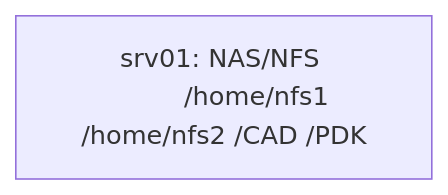
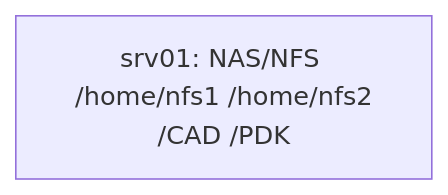
One commit to silicon-vlsi/silicon-vlsi.github.io changed the first of 2 diagrams in wiki/wiki-it.md. Above: the diagram before and after it, drawn with Mermaid.

````diff
--- a/wiki/wiki-it.md
+++ b/wiki/wiki-it.md
@@ -1287,6 +1287,5 @@
 ```mermaid
 graph TD;
 
-  srv01[srv01: NAS/NFS 
-         /home/nfs1 /home/nfs2 /CAD /PDK ];
+  srv01[srv01: NAS/NFS <br/> /home/nfs1 /home/nfs2 /CAD /PDK ];
 ```
````
